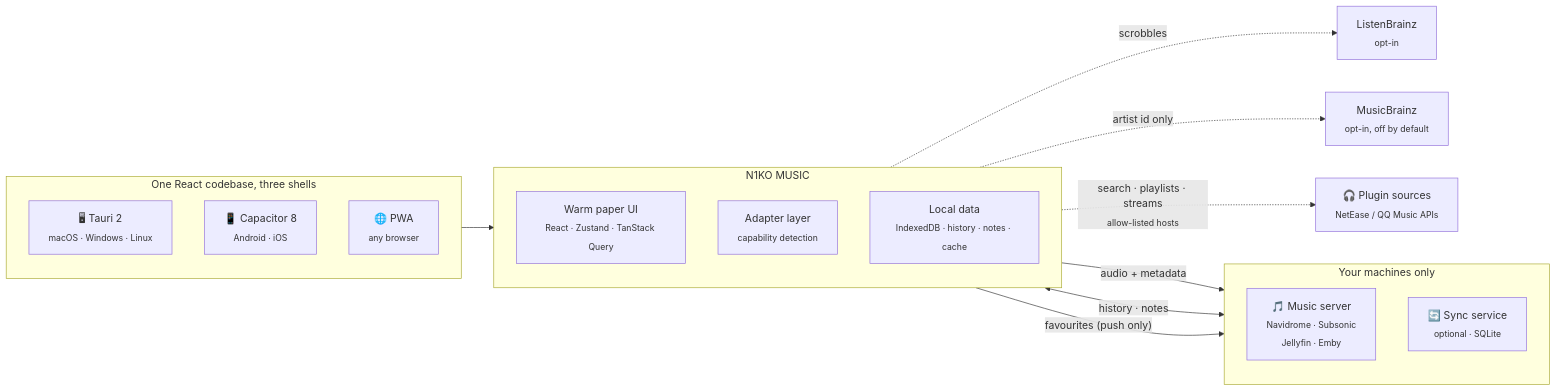
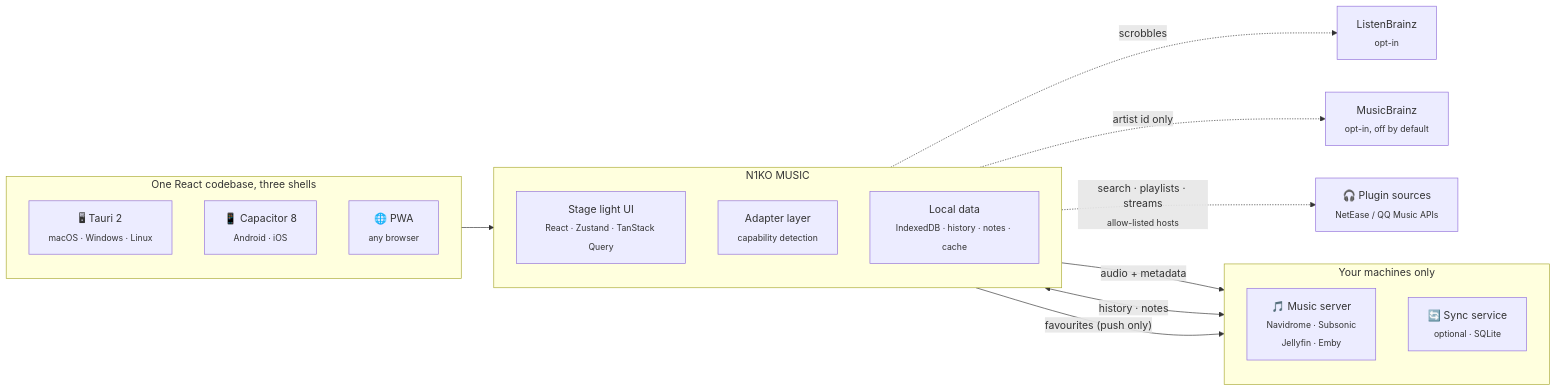
Before and after one commit to baogutang/N1KO-MUSIC: the diagram in README.md, drawn with Mermaid. The commit also changed other lines of this file and 33 other files, not shown here.

First line of the commit message:
docs: README 与官网改成 v6「舞台光」——文案、截图、吉祥物、分享图同步

````diff
--- a/README.md
+++ b/README.md
@@ -300,34 +306,34 @@
 ```mermaid
 flowchart LR
     subgraph shells["One React codebase, three shells"]
         direction TB
         D["🖥 Tauri 2<br/><sub>macOS · Windows · Linux</sub>"]
         M["📱 Capacitor 8<br/><sub>Android · iOS</sub>"]
         W["🌐 PWA<br/><sub>any browser</sub>"]
     end
 
     subgraph app["N1KO MUSIC"]
         direction TB
-        UI["Warm paper UI<br/><sub>React · Zustand · TanStack Query</sub>"]
+        UI["Stage light UI<br/><sub>React · Zustand · TanStack Query</sub>"]
         AD["Adapter layer<br/><sub>capability detection</sub>"]
         LO["Local data<br/><sub>IndexedDB · history · notes · cache</sub>"]
     end
 
     subgraph yours["Your machines only"]
         direction TB
         S["🎵 Music server<br/><sub>Navidrome · Subsonic<br/>Jellyfin · Emby</sub>"]
         B["🔄 Sync service<br/><sub>optional · SQLite</sub>"]
     end
 
     shells --> app
     AD -->|"audio + metadata"| S
     LO <-->|"history · notes"| B
     LO -->|"favourites (push only)"| B
 
     LB["ListenBrainz<br/><sub>opt-in</sub>"]
     MB["MusicBrainz<br/><sub>opt-in, off by default</sub>"]
     P["🎧 Plugin sources<br/><sub>NetEase / QQ Music APIs</sub>"]
     LO -.->|"scrobbles"| LB
     AD -.->|"artist id only"| MB
     AD -.->|"search · playlists · streams<br/><sub>allow-listed hosts</sub>"| P
 ```
````
